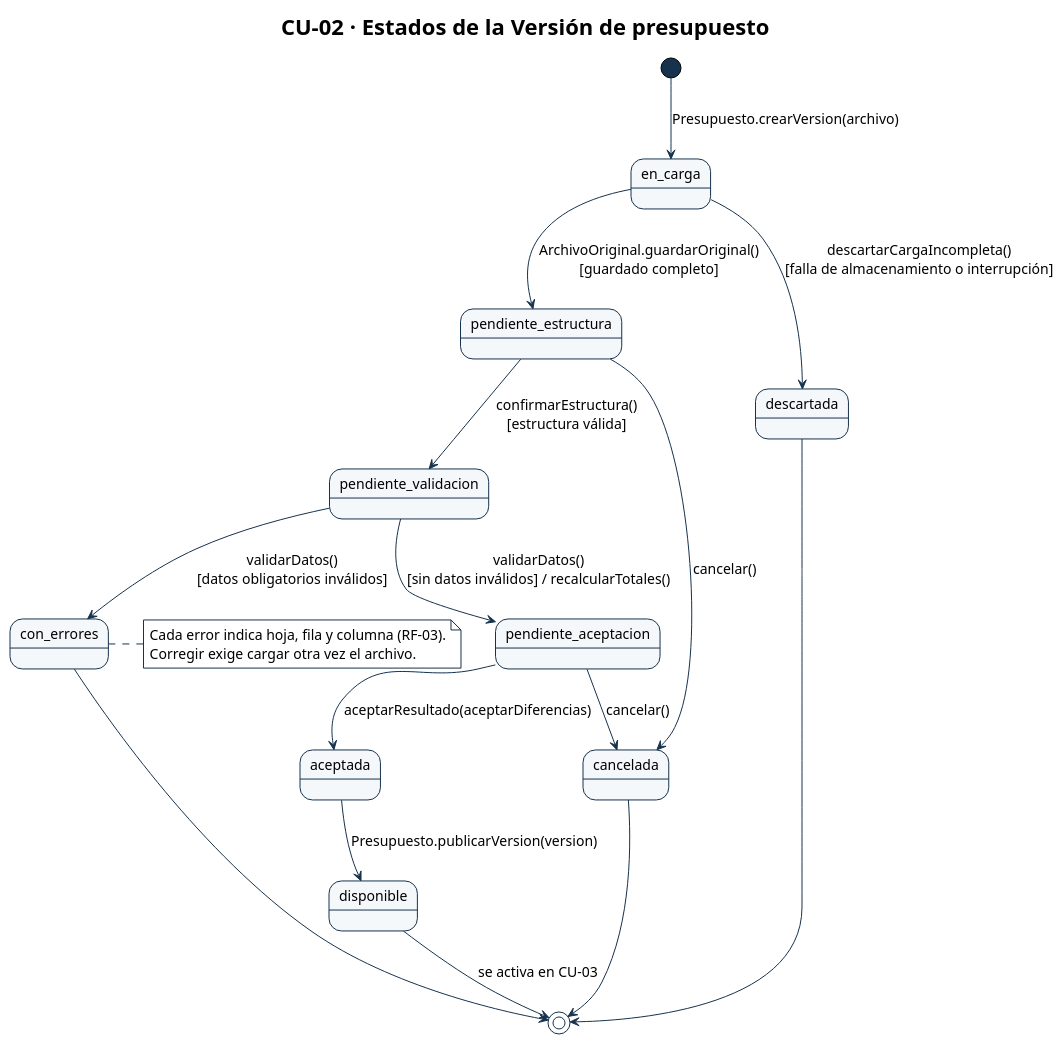
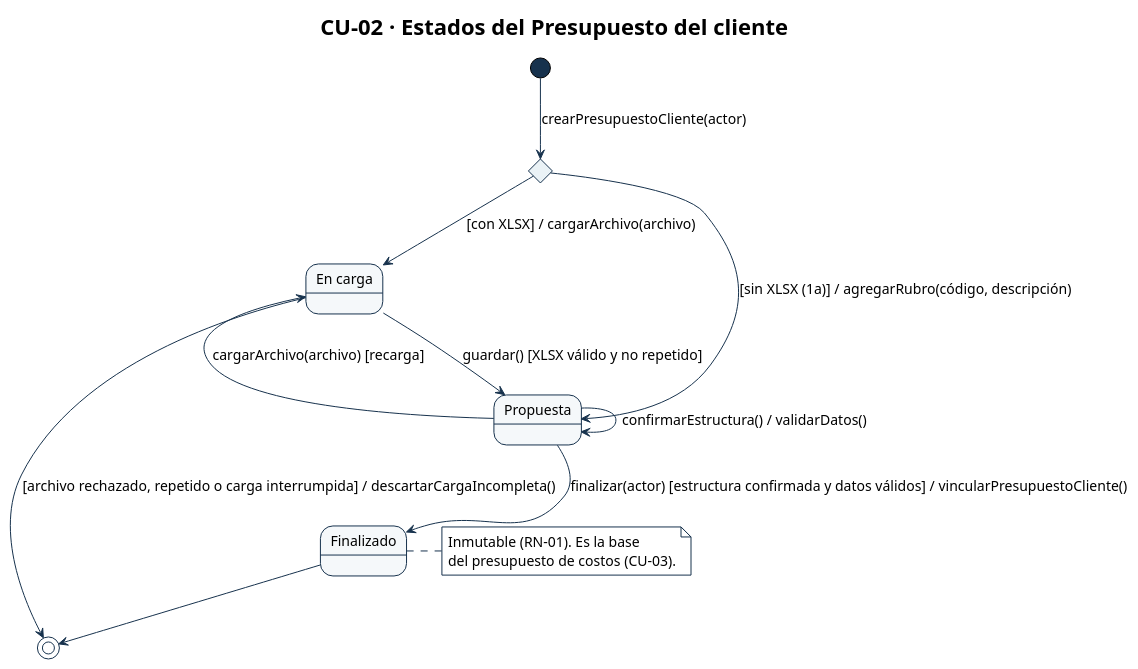
One commit to Ssrrb/tpf-uca changed the diagram in diagramas/CU-02-estados.puml. Above: the diagram before and after it, drawn with PlantUML. The commit also changed 61 other files, not shown here.

First line of the commit message:
Regenera los diagramas para la v8 del Modelo de Análisis

```diff
--- a/diagramas/CU-02-estados.puml
+++ b/diagramas/CU-02-estados.puml
@@ -1,54 +1,55 @@
 @startuml
 !theme plain
 skinparam style strictuml
 skinparam shadowing false
 skinparam defaultFontName Arial
 skinparam defaultFontSize 14
 skinparam ArrowColor #17324D
 skinparam activity {
   StartColor #17324D
   EndColor #17324D
   BarColor #17324D
   BackgroundColor #F5F8FA
   BorderColor #17324D
   DiamondBackgroundColor #EAF2F6
   DiamondBorderColor #17324D
 }
 skinparam swimlane {
   BorderColor #17324D
   TitleBackgroundColor #EAF2F6
 }
 skinparam state {
   StartColor #17324D
   EndColor #17324D
   BackgroundColor #F5F8FA
   BorderColor #17324D
 }
 skinparam package {
   BackgroundColor #EAF2F6
   BorderColor #17324D
 }
 skinparam note {
   BackgroundColor #FFFFFF
   BorderColor #17324D
 }
-title CU-02 · Estados de la Versión de presupuesto
-[*] --> en_carga : Presupuesto.crearVersion(archivo)
-en_carga --> pendiente_estructura : ArchivoOriginal.guardarOriginal()\n[guardado completo]
-en_carga --> descartada : descartarCargaIncompleta()\n[falla de almacenamiento o interrupción]
-pendiente_estructura --> pendiente_validacion : confirmarEstructura()\n[estructura válida]
-pendiente_validacion --> con_errores : validarDatos()\n[datos obligatorios inválidos]
-pendiente_validacion --> pendiente_aceptacion : validarDatos()\n[sin datos inválidos] / recalcularTotales()
-pendiente_aceptacion --> aceptada : aceptarResultado(aceptarDiferencias)
-aceptada --> disponible : Presupuesto.publicarVersion(version)
-pendiente_estructura --> cancelada : cancelar()
-pendiente_aceptacion --> cancelada : cancelar()
-con_errores --> [*]
-cancelada --> [*]
-descartada --> [*]
-disponible --> [*] : se activa en CU-03
-note right of con_errores
-  Cada error indica hoja, fila y columna (RF-03).
-  Corregir exige cargar otra vez el archivo.
+title CU-02 · Estados del Presupuesto del cliente
+state origen <<choice>>
+state "En carga" as en_carga
+state "Propuesta" as propuesta
+state "Finalizado" as finalizado
+
+[*] --> origen : crearPresupuestoCliente(actor)
+origen --> en_carga : [con XLSX] / cargarArchivo(archivo)
+origen --> propuesta : [sin XLSX (1a)] / agregarRubro(código, descripción)
+en_carga --> propuesta : guardar() [XLSX válido y no repetido]
+en_carga --> [*] : [archivo rechazado, repetido o carga interrumpida] / descartarCargaIncompleta()
+propuesta --> en_carga : cargarArchivo(archivo) [recarga]
+propuesta --> propuesta : confirmarEstructura() / validarDatos()
+propuesta --> finalizado : finalizar(actor) [estructura confirmada y datos válidos] / vincularPresupuestoCliente()
+finalizado --> [*]
+
+note right of finalizado
+  Inmutable (RN-01). Es la base
+  del presupuesto de costos (CU-03).
 end note
 @enduml
```
